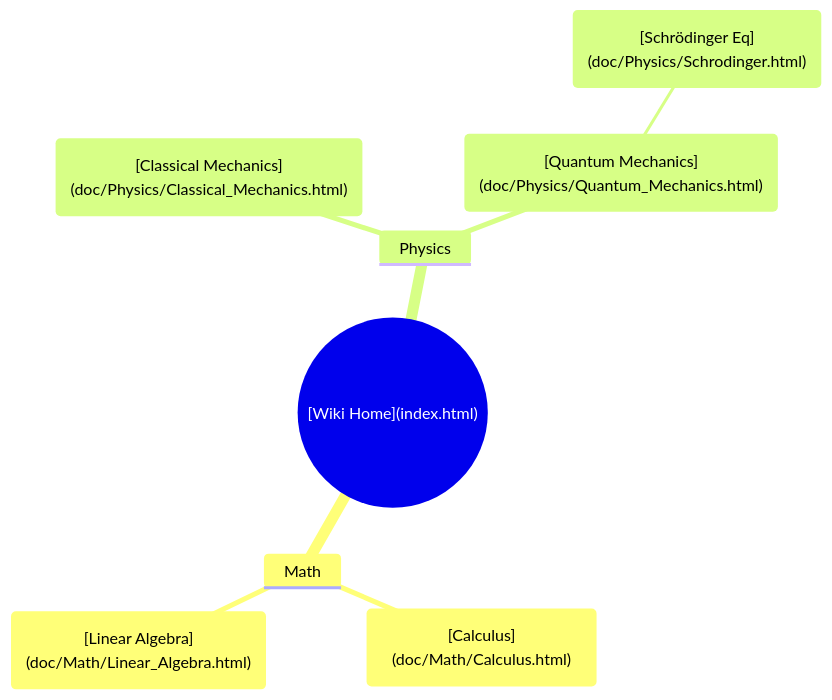
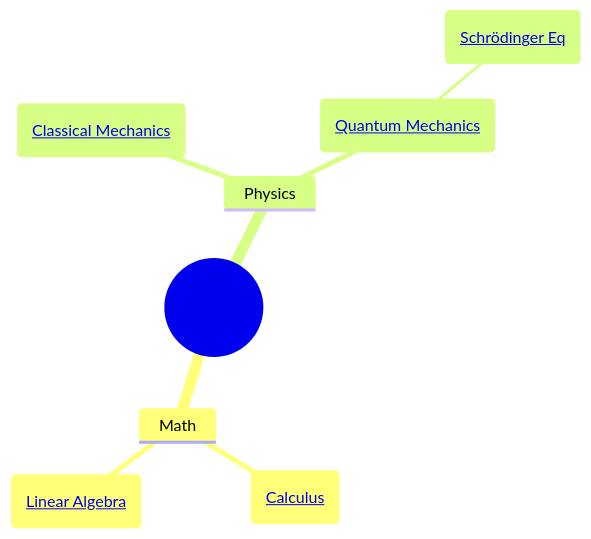
Before and after one commit to MKReyesH/ScientificWiki: the diagram in doc/Physics/example3.qmd, drawn with Mermaid.

Commit message:
Testing mermaid compatibility

````diff
--- a/doc/Physics/example3.qmd
+++ b/doc/Physics/example3.qmd
@@ -36,11 +36,11 @@
 ```{mermaid}
 mindmap
-  root(("`[Wiki Home](index.html)`"))
+  root(("<a href='index.html'>Wiki Home</a>"))
     Math
-      calc("`[Calculus](doc/Math/Calculus.html)`")
-      linalg("`[Linear Algebra](doc/Math/Linear_Algebra.html)`")
+      calc("<a href='doc/Math/Calculus.html'>Calculus</a>")
+      linalg("<a href='doc/Math/Linear_Algebra.html'>Linear Algebra</a>")
     Physics
-      cm("`[Classical Mechanics](doc/Physics/Classical_Mechanics.html)`")
-      qm("`[Quantum Mechanics](doc/Physics/Quantum_Mechanics.html)`")
-        seq("`[Schrödinger Eq](doc/Physics/Schrodinger.html)`")
+      cm("<a href='doc/Physics/Classical_Mechanics.html'>Classical Mechanics</a>")
+      qm("<a href='doc/Physics/Quantum_Mechanics.html'>Quantum Mechanics</a>")
+        seq("<a href='doc/Physics/Schrodinger.html'>Schrödinger Eq</a>")
 ```
````
